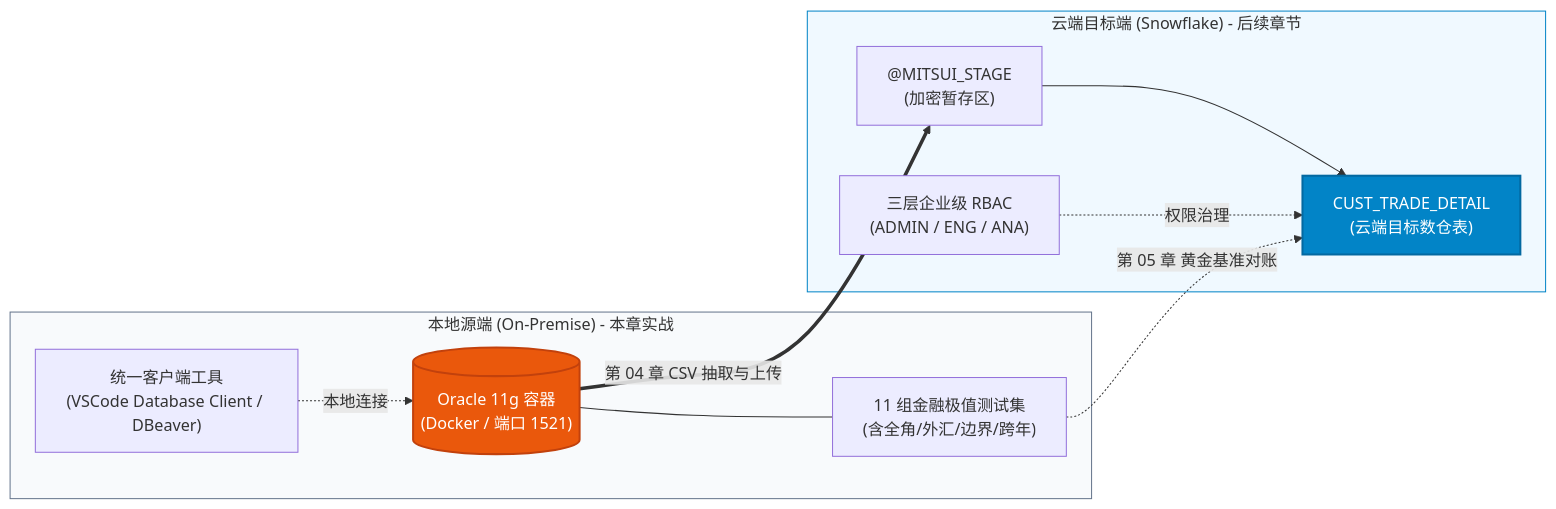
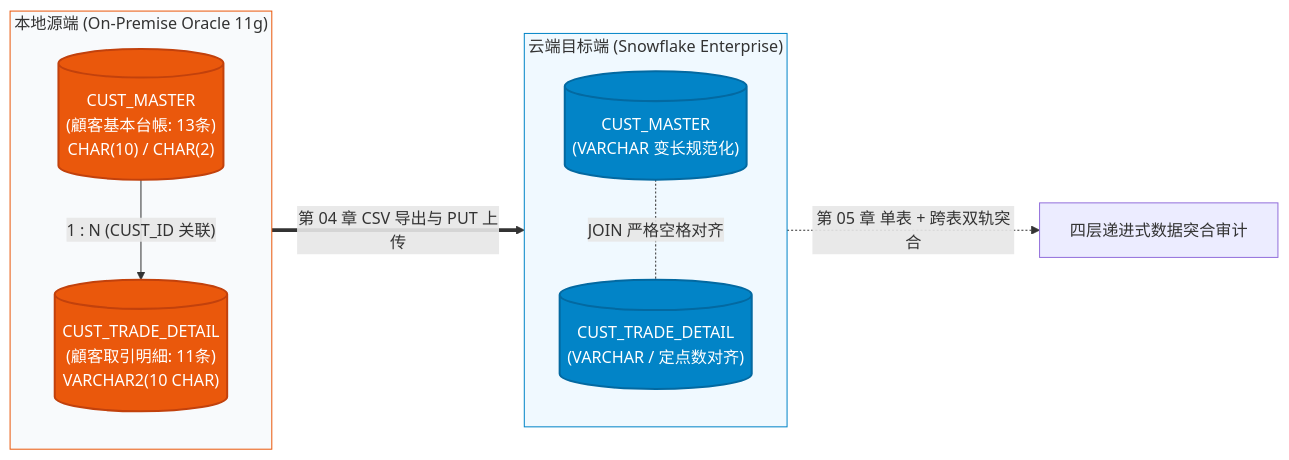
Before and after one commit to BIGMAX-RKO007/snowflakeblog: the diagram in docs/zh/02_oracle_setup_and_data.md, drawn with Mermaid. The commit also changed other lines of this file and 6 other files, not shown here.

Commit message:
feat(chapter02): introduce dual-table architecture (CUST_MASTER + CUST_TRADE_DETAIL) with cross-table JOIN traps and dual-track baseline

````diff
--- a/docs/zh/02_oracle_setup_and_data.md
+++ b/docs/zh/02_oracle_setup_and_data.md
@@ -13,26 +15,26 @@
 ```mermaid
 flowchart LR
-    subgraph Source ["本地源端 (On-Premise) - 本章实战"]
-        ORACLE[("Oracle 11g 容器<br/>(Docker / 端口 1521)")]
-        SEED["11 组金融极值测试集<br/>(含全角/外汇/边界/跨年)"]
-        TOOL["统一客户端工具<br/>(VSCode Database Client / DBeaver)"]
-        ORACLE --- SEED
-        TOOL -.->|本地连接| ORACLE
+    subgraph Source ["本地源端 (On-Premise Oracle 11g)"]
+        direction TB
+        M_ORA[("CUST_MASTER<br/>(顧客基本台帳: 13条)<br/>CHAR(10) / CHAR(2)")]
+        T_ORA[("CUST_TRADE_DETAIL<br/>(顧客取引明細: 11条)<br/>VARCHAR2(10 CHAR)")]
+        M_ORA -- "1 : N (CUST_ID 关联)" --> T_ORA
     end
 
-    subgraph Target ["云端目标端 (Snowflake) - 后续章节"]
-        STAGE["@MITSUI_STAGE<br/>(加密暂存区)"]
-        TBL["CUST_TRADE_DETAIL<br/>(云端目标数仓表)"]
-        RBAC["三层企业级 RBAC<br/>(ADMIN / ENG / ANA)"]
-        STAGE --> TBL
-        RBAC -.->|权限治理| TBL
+    subgraph Target ["云端目标端 (Snowflake Enterprise)"]
+        direction TB
+        M_SNOW[("CUST_MASTER<br/>(VARCHAR 变长规范化)")]
+        T_SNOW[("CUST_TRADE_DETAIL<br/>(VARCHAR / 定点数对齐)")]
+        M_SNOW -. "JOIN 严格空格对齐" .- T_SNOW
     end
 
-    ORACLE ==>|第 04 章 CSV 抽取与上传| STAGE
-    SEED -.->|第 05 章 黄金基准对账| TBL
+    Source ==>|第 04 章 CSV 导出与 PUT 上传| Target
+    Target -.->|第 05 章 单表 + 跨表双轨突合| AUDIT["四层递进式数据突合审计"]
 
-    style Source fill:#f8fafc,stroke:#64748b,stroke-width:1px
+    style Source fill:#f8fafc,stroke:#ea580c,stroke-width:1px
     style Target fill:#f0f9ff,stroke:#0284c7,stroke-width:1px
-    style ORACLE fill:#ea580c,stroke:#c2410c,stroke-width:2px,color:#ffffff
-    style TBL fill:#0284c7,stroke:#0369a1,stroke-width:2px,color:#ffffff
+    style M_ORA fill:#ea580c,stroke:#c2410c,stroke-width:2px,color:#ffffff
+    style T_ORA fill:#ea580c,stroke:#c2410c,stroke-width:2px,color:#ffffff
+    style M_SNOW fill:#0284c7,stroke:#0369a1,stroke-width:2px,color:#ffffff
+    style T_SNOW fill:#0284c7,stroke:#0369a1,stroke-width:2px,color:#ffffff
 ```
````
